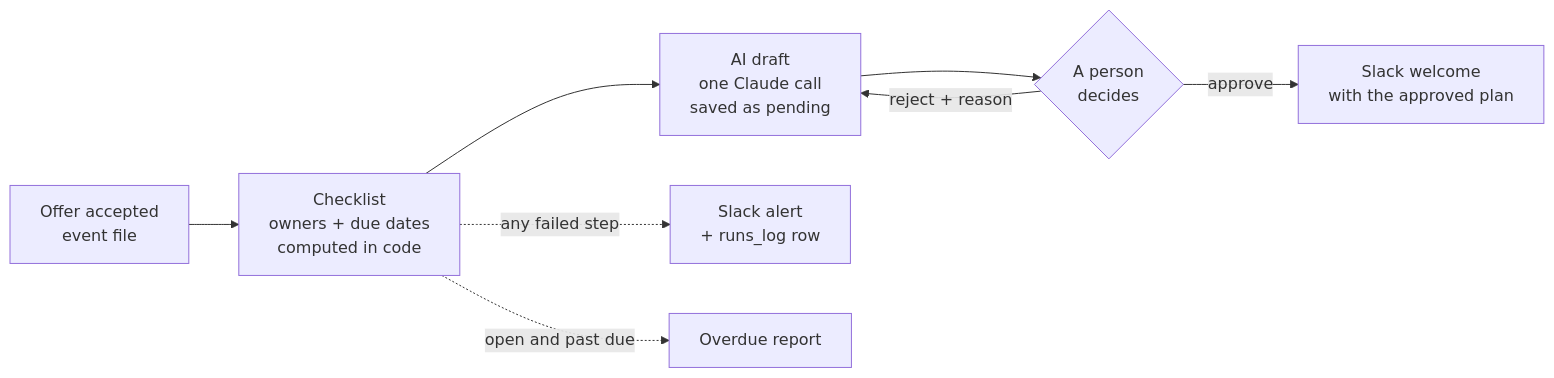
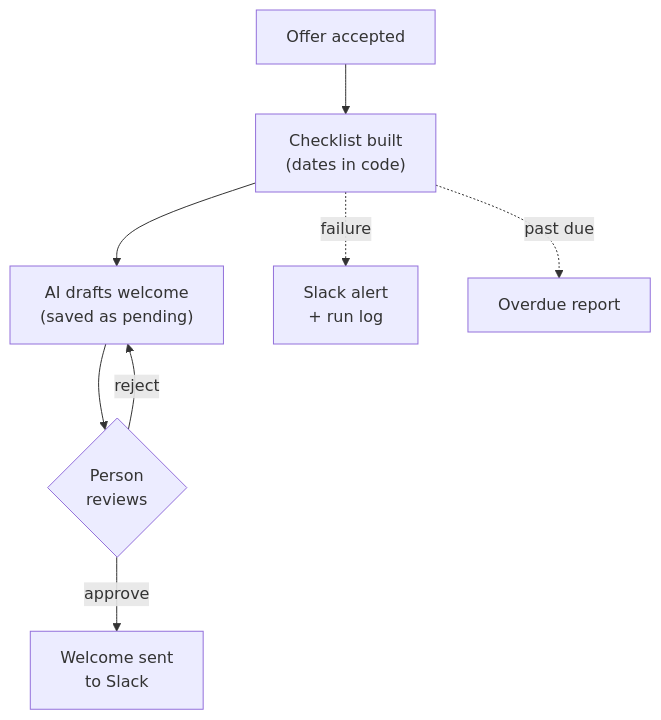
One commit to Nashmahler/onboarding-agent changed the diagram in README.md. Above: the diagram before and after it, drawn with Mermaid.

Commit message:
README: shorter diagram labels so nothing is cut off

````diff
--- a/README.md
+++ b/README.md
@@ -11,10 +11,10 @@
 ```mermaid
-flowchart LR
-    A[Offer accepted<br/>event file] --> B[Checklist<br/>owners + due dates<br/>computed in code]
-    B --> C[AI draft<br/>one Claude call<br/>saved as pending]
-    C --> D{A person<br/>decides}
-    D -- approve --> E[Slack welcome<br/>with the approved plan]
-    D -- reject + reason --> C
-    B -. any failed step .-> F[Slack alert<br/>+ runs_log row]
-    B -. open and past due .-> G[Overdue report]
+flowchart TD
+    A["Offer accepted"] --> B["Checklist built<br/>(dates in code)"]
+    B --> C["AI drafts welcome<br/>(saved as pending)"]
+    C --> D{"Person<br/>reviews"}
+    D -- approve --> E["Welcome sent<br/>to Slack"]
+    D -- reject --> C
+    B -. failure .-> F["Slack alert<br/>+ run log"]
+    B -. past due .-> G["Overdue report"]
 ```
````
